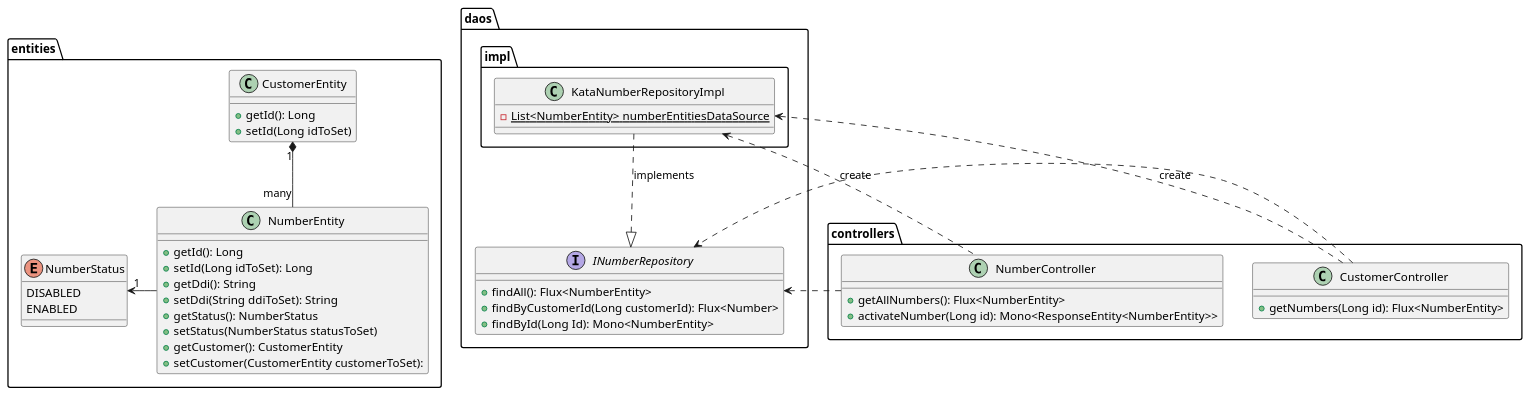
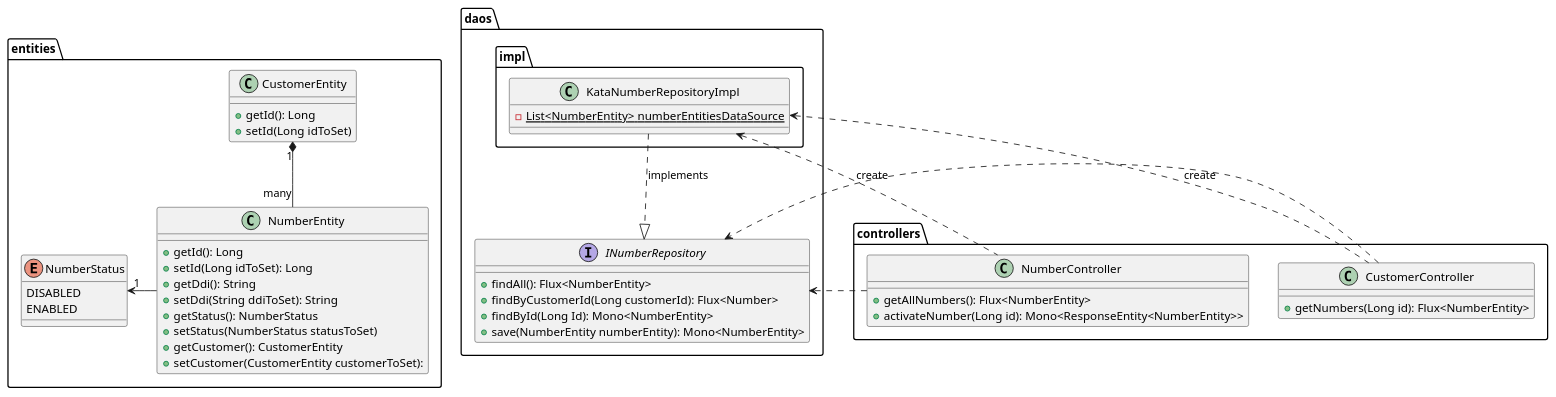
One commit to SofianeSadi/andigital-test changed the diagram in documentation/class-diagram.puml. Above: the diagram before and after it, drawn with PlantUML. The commit also changed 1 other file, not shown here.

Commit message:
Fix UML: Adding the save() function to the NumberRepo.

```diff
--- a/documentation/class-diagram.puml
+++ b/documentation/class-diagram.puml
@@ -1,60 +1,61 @@
 @startuml
 package entities {
     class CustomerEntity {
         +getId(): Long
         +setId(Long idToSet)
     }
 
     class NumberEntity {
         +getId(): Long
         +setId(Long idToSet): Long
         +getDdi(): String
         +setDdi(String ddiToSet): String
         +getStatus(): NumberStatus
         +setStatus(NumberStatus statusToSet)
         +getCustomer(): CustomerEntity
         +setCustomer(CustomerEntity customerToSet):
     }
 
     enum NumberStatus {
         DISABLED
         ENABLED
     }
 
     NumberEntity -left-> "1" NumberStatus
     CustomerEntity "1" *-- "many" NumberEntity
 }
 
 package daos {
     interface INumberRepository {
         +findAll(): Flux<NumberEntity>
         +findByCustomerId(Long customerId): Flux<Number>
         +findById(Long Id): Mono<NumberEntity>
+        +save(NumberEntity numberEntity): Mono<NumberEntity>
     }
 
     package impl {
         class KataNumberRepositoryImpl {
             -{static} List<NumberEntity> numberEntitiesDataSource
         }
     }
 
     KataNumberRepositoryImpl ..|> INumberRepository: implements
 }
 
 package controllers {
     class NumberController {
         +getAllNumbers(): Flux<NumberEntity>
         +activateNumber(Long id): Mono<ResponseEntity<NumberEntity>>
     }
     class CustomerController {
         +getNumbers(Long id): Flux<NumberEntity>
     }
 }
 
 NumberController .up.> KataNumberRepositoryImpl: create
 CustomerController .up.> KataNumberRepositoryImpl: create
 
 CustomerController ..> INumberRepository
 NumberController ..> INumberRepository
 
 @enduml
```
